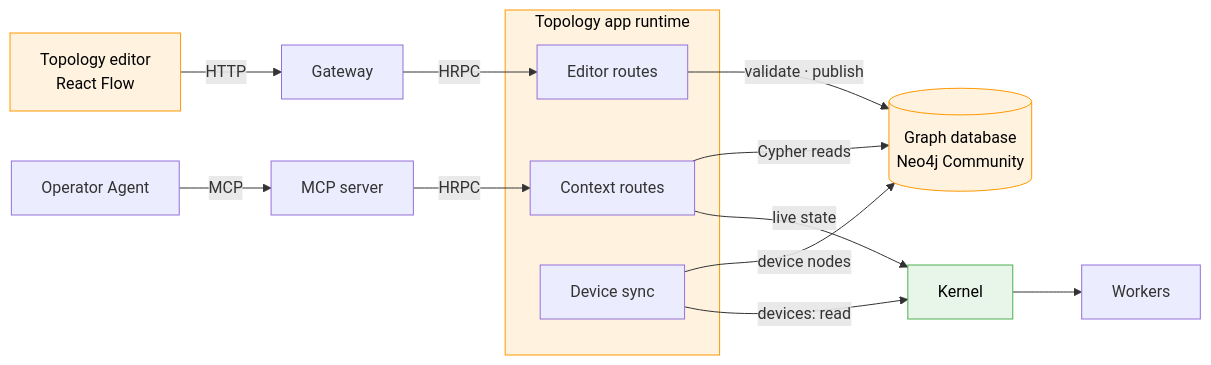
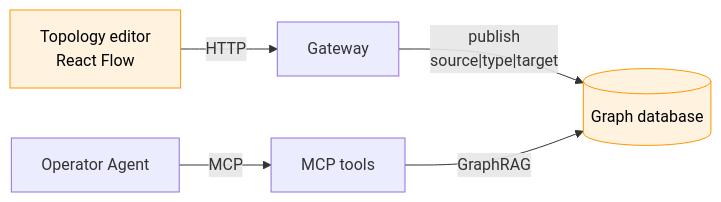
The diagram in docs/hld-site-topology-graph.md (ankit-tether/mdk-be), drawn with Mermaid before and after one commit. The commit also changed other lines of this file, not shown here.

First line of the commit message:
Update HLD for Site Topology Graph to version 0.3.0

````diff
--- a/docs/hld-site-topology-graph.md
+++ b/docs/hld-site-topology-graph.md
@@ -35,27 +31,10 @@
 ```mermaid
 flowchart LR
   ED["Topology editor<br/>React Flow"] -->|"HTTP"| GW["Gateway"]
-  AG["Operator Agent"] -->|"MCP"| MS["MCP server"]
-
-  subgraph APP["Topology app runtime"]
-    ER["Editor routes"]
-    CR["Context routes"]
-    SYNC["Device sync"]
-  end
-
-  DB[("Graph database<br/>Neo4j Community")]
-
-  GW -->|"HRPC"| ER
-  MS -->|"HRPC"| CR
-  ER -->|"validate · publish"| DB
-  CR -->|"Cypher reads"| DB
-  SYNC -->|"device nodes"| DB
-  SYNC -->|"devices: read"| K["Kernel"]
-  CR -->|"live state"| K
-  K --> W["Workers"]
+  GW -->|"publish<br/>source#124;type#124;target"| DB[("Graph database")]
+  AG["Operator Agent"] -->|"MCP"| MS["MCP tools"]
+  MS -->|"GraphRAG"| DB
 
   style ED fill:#fff3e0,stroke:#ff9800,color:#000
-  style APP fill:#fff3e0,stroke:#ff9800,color:#000
   style DB fill:#fff3e0,stroke:#ff9800,color:#000
-  style K fill:#e8f5e9,stroke:#4caf50,color:#000
 ```
````
